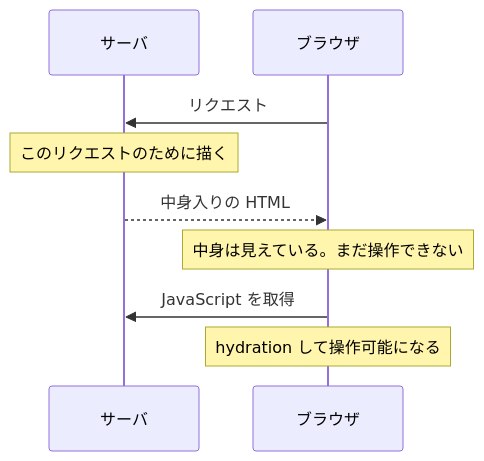
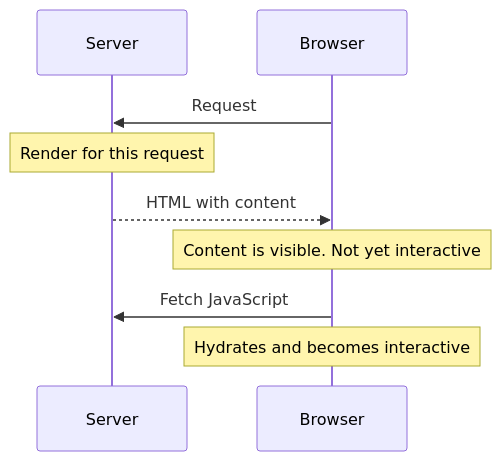
One commit to Tomy-ch/nextjs-boilerplate changed the third of 4 diagrams in docs/design/rendering.md. Above: the diagram before and after it, drawn with Mermaid. The commit also changed other lines of this file and 189 other files, not shown here.

````diff
--- a/docs/design/rendering.md
+++ b/docs/design/rendering.md
@@ -94,11 +94,11 @@
 ```mermaid
 sequenceDiagram
-  participant S as サーバ
-  participant B as ブラウザ
-  B->>S: リクエスト
-  Note over S: このリクエストのために描く
-  S-->>B: 中身入りの HTML
-  Note over B: 中身は見えている。まだ操作できない
-  B->>S: JavaScript を取得
-  Note over B: hydration して操作可能になる
+  participant S as Server
+  participant B as Browser
+  B->>S: Request
+  Note over S: Render for this request
+  S-->>B: HTML with content
+  Note over B: Content is visible. Not yet interactive
+  B->>S: Fetch JavaScript
+  Note over B: Hydrates and becomes interactive
 ```
````
